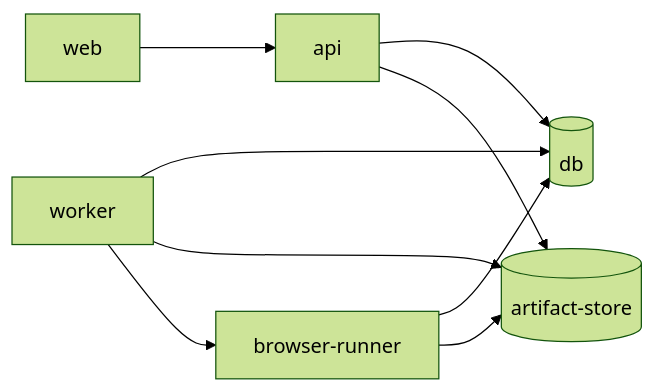
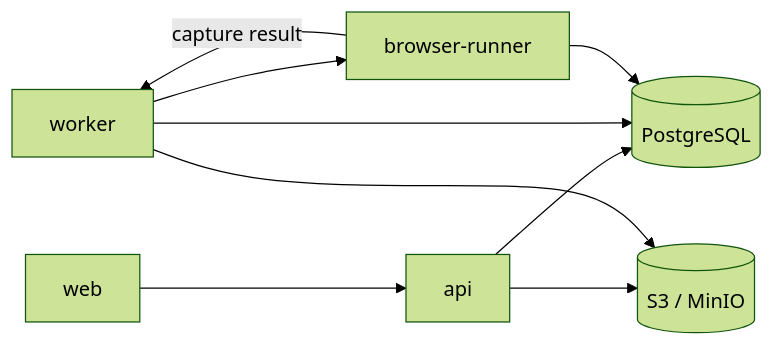
Before and after one commit to Leshm0321/ai-jsunpack: the diagram in docs/deployment.md, drawn with Mermaid (forest theme). The commit also changed other lines of this file and 9 other files, not shown here.

````diff
--- a/docs/deployment.md
+++ b/docs/deployment.md
@@ -7,11 +7,11 @@
 ```mermaid
 graph LR
   Web[web] --> API[api]
-  API --> DB[(db)]
-  API --> Store[(artifact-store)]
+  API --> DB[(PostgreSQL)]
+  API --> Store[(S3 / MinIO)]
   Worker[worker] --> DB
   Worker --> Store
-  Worker --> BrowserRunner[browser-runner]
-  BrowserRunner --> DB
-  BrowserRunner --> Store
+  Worker --> Browser[browser-runner]
+  Browser --> DB
+  Browser -->|capture result| Worker
 ```
````
